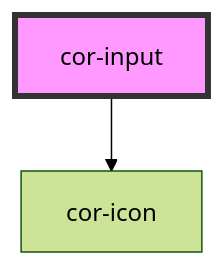
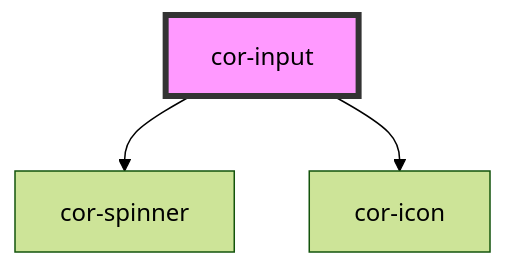
Before and after one commit to egov-moldova/design-system: the diagram in src/components/cor-input/readme.md, drawn with Mermaid (forest theme). The commit also changed other lines of this file and 20 other files, not shown here.

````diff
--- a/src/components/cor-input/readme.md
+++ b/src/components/cor-input/readme.md
@@ -81,5 +84,6 @@
 ```mermaid
 graph TD;
+  cor-input --> cor-spinner
   cor-input --> cor-icon
   style cor-input fill:#f9f,stroke:#333,stroke-width:4px
 ```
````
